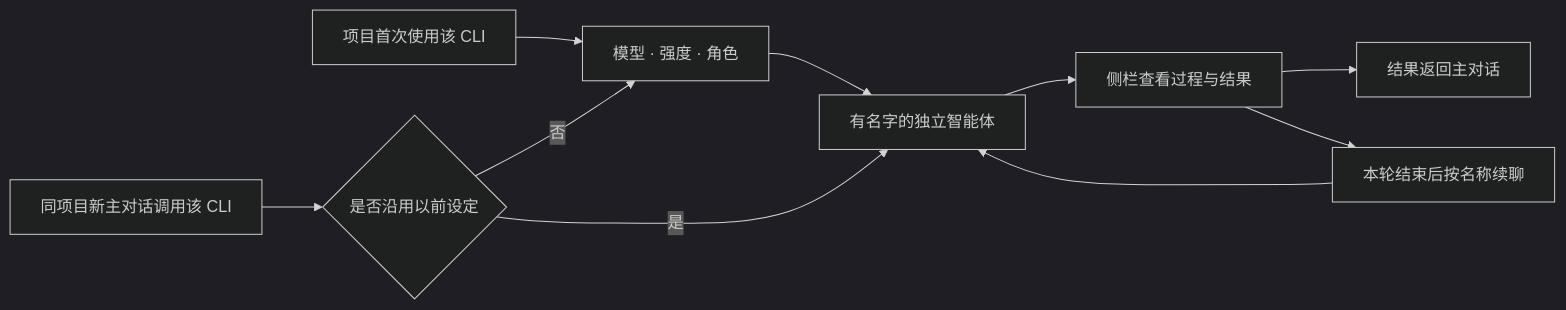
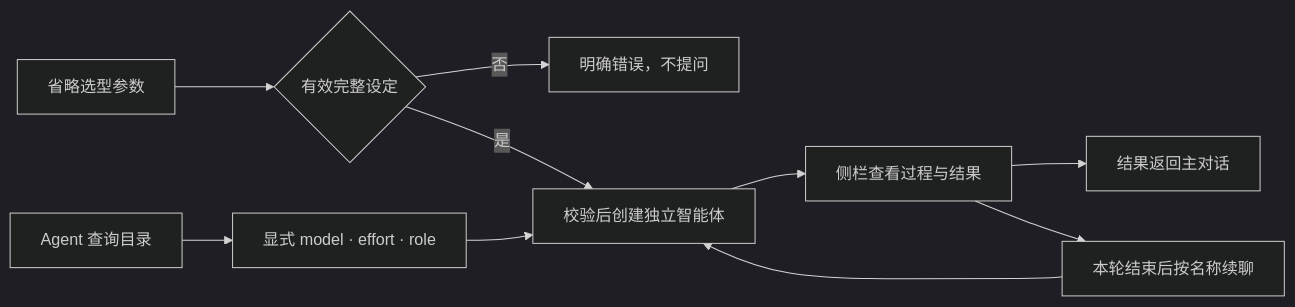
One commit to TMYTiMidlY/dsh-cliworker-now changed the diagram in doc/usage-details.md. Above: the diagram before and after it, drawn with Mermaid (dark theme). The commit also changed other lines of this file and 197 other files, not shown here.

````diff
--- a/doc/usage-details.md
+++ b/doc/usage-details.md
@@ -252,12 +247,12 @@
 ```mermaid
 flowchart LR
-    A[项目首次使用该 CLI] --> B[模型 · 强度 · 角色]
-    N[同项目新主对话调用该 CLI] --> Q{是否沿用以前设定}
-    Q -->|否| B
-    Q -->|是| C[有名字的独立智能体]
+    A[Agent 查询目录] --> B[显式 model · effort · role]
+    N[省略选型参数] --> Q{有效完整设定}
+    Q -->|否| R[明确错误，不提问]
+    Q -->|是| C[校验后创建独立智能体]
     B --> C
     C --> D[侧栏查看过程与结果]
     D --> E[结果返回主对话]
     D --> F[本轮结束后按名称续聊]
     F --> C
 ```
````
